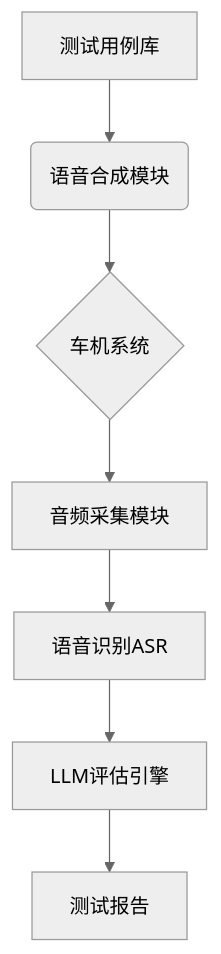
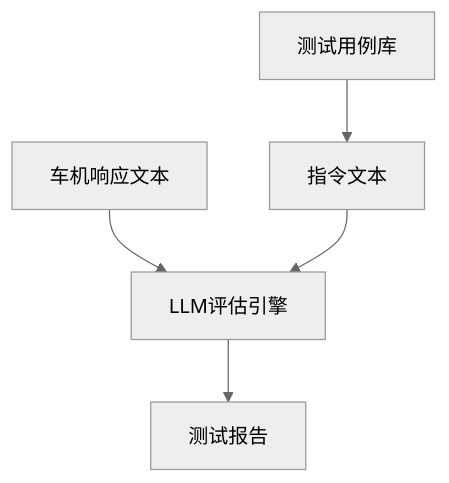
The first of 3 diagrams in README.md (hahalfx/autotest-system), drawn with Mermaid (neutral theme) before and after one commit. The commit also changed other lines of this file and 8 other files, not shown here.

````diff
--- a/README.md
+++ b/README.md
@@ -16,9 +13,7 @@
 ```mermaid
 graph TD
-    A[测试用例库] --> B(语音合成模块)
-    B --> C{车机系统}
-    C --> D[音频采集模块]
-    D --> E[语音识别ASR]
-    E --> F[LLM评估引擎]
-    F --> G[测试报告]
+    A[测试用例库] --> B[指令文本]
+    C[车机响应文本] --> D[LLM评估引擎]
+    B --> D
+    D --> E[测试报告]
 ```
````
